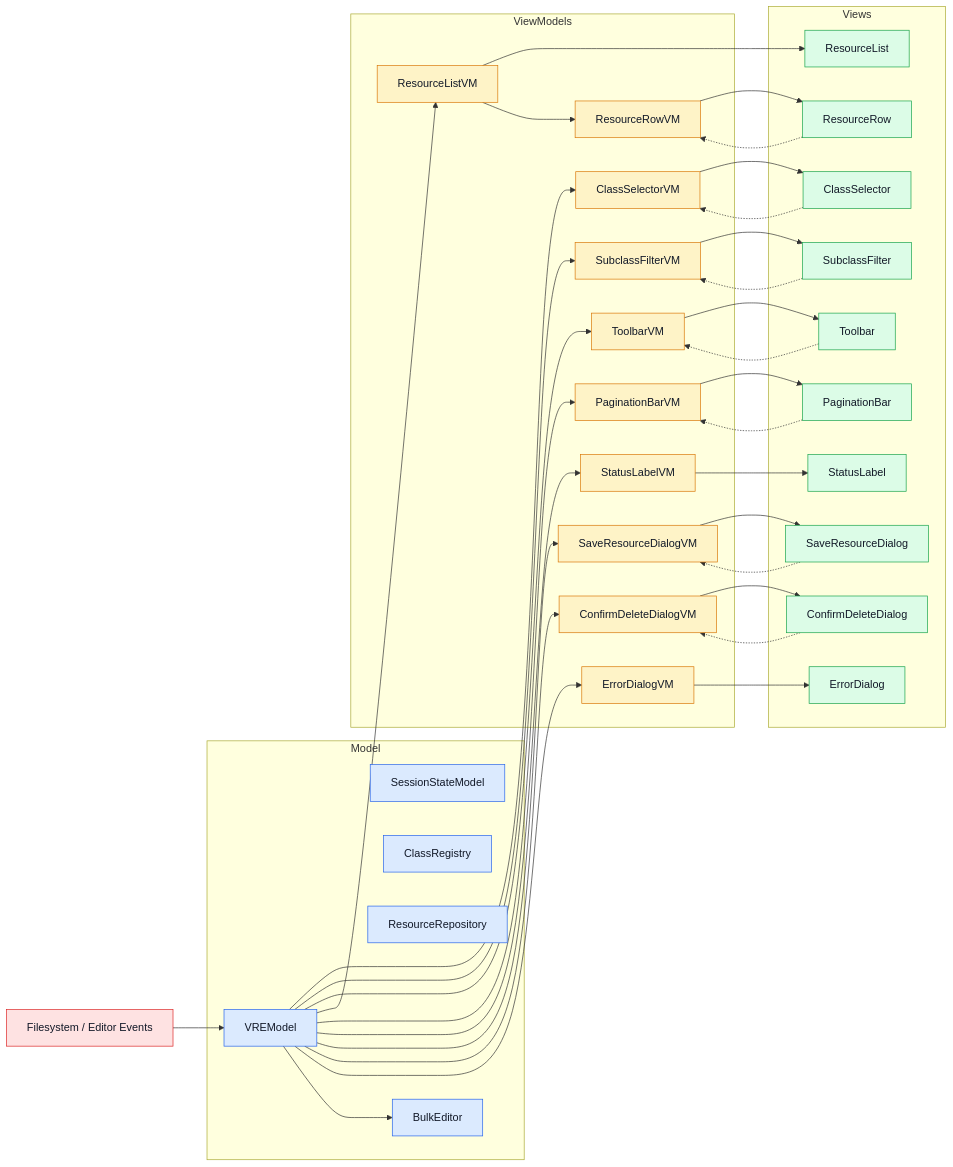
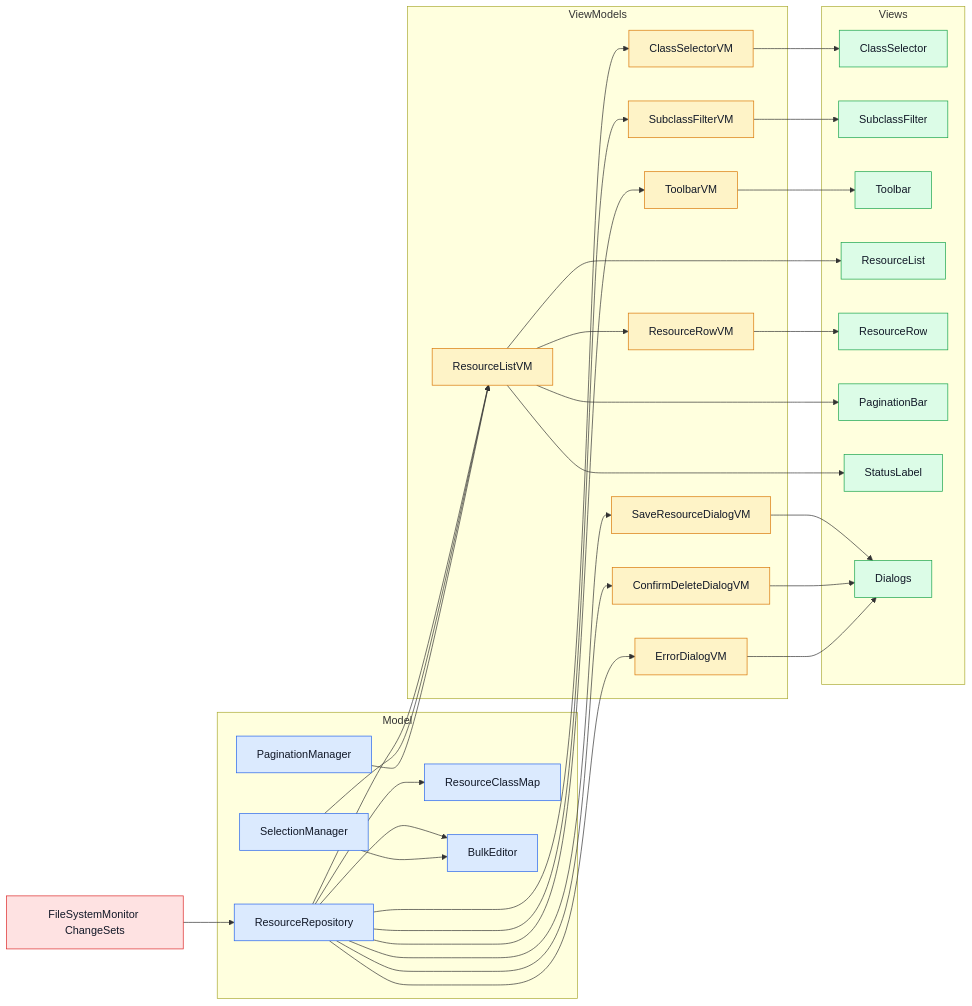
The diagram in docs/ARCHITECTURE.md (diablohumastudio/dhs-gd-fw-visual-resources-editor), drawn with Mermaid before and after one commit. The commit also changed other lines of this file and 12 other files, not shown here.

First line of the commit message:
Docs overhaul: ARCHITECTURE rewritten against 2.0 code; FIXES/TODOS track open items only

````diff
--- a/docs/ARCHITECTURE.md
+++ b/docs/ARCHITECTURE.md
@@ -146,75 +158,65 @@
 ```mermaid
 flowchart LR
     classDef model  fill:#dbeafe,stroke:#2563eb,color:#111827
     classDef vm     fill:#fef3c7,stroke:#d97706,color:#111827
     classDef view   fill:#dcfce7,stroke:#16a34a,color:#111827
     classDef auto   fill:#fee2e2,stroke:#dc2626,color:#111827
 
-    FS["Filesystem / Editor Events"]:::auto
+    FSM["FileSystemMonitor ChangeSets"]:::auto
 
     subgraph Model
-        VREModel:::model
-        Session["SessionStateModel"]:::model
-        Registry["ClassRegistry"]:::model
         Repo["ResourceRepository"]:::model
+        Map["ResourceClassMap"]:::model
+        Sel["SelectionManager"]:::model
+        Pag["PaginationManager"]:::model
         Bulk["BulkEditor"]:::model
     end
 
     subgraph ViewModels
+        ListVM["ResourceListVM"]:::vm
+        RowVM["ResourceRowVM"]:::vm
+        ToolbarVM:::vm
         ClassSelectorVM:::vm
         SubclassFilterVM:::vm
-        ToolbarVM:::vm
-        ResourceListVM:::vm
-        ResourceRowVM:::vm
-        PaginationBarVM:::vm
-        StatusLabelVM:::vm
         SaveVM["SaveResourceDialogVM"]:::vm
         DeleteVM["ConfirmDeleteDialogVM"]:::vm
         ErrorVM["ErrorDialogVM"]:::vm
     end
 
     subgraph Views
         ClassSelector:::view
         SubclassFilter:::view
         Toolbar:::view
         ResourceList:::view
         ResourceRow:::view
         PaginationBar:::view
         StatusLabel:::view
-        SaveDialog["SaveResourceDialog"]:::view
-        DeleteDialog["ConfirmDeleteDialog"]:::view
-        ErrorDialog:::view
+        Dialogs:::view
     end
 
-    FS --> VREModel
-    VREModel --> ClassSelectorVM
-    VREModel --> SubclassFilterVM
-    VREModel --> ToolbarVM
-    VREModel --> ResourceListVM
-    VREModel --> PaginationBarVM
-    VREModel --> StatusLabelVM
-    VREModel --> SaveVM
-    VREModel --> DeleteVM
-    VREModel --> ErrorVM
-    VREModel --> Bulk
+    FSM --> Repo
+    Repo --> Map
+    Repo --> ListVM
+    Repo --> ClassSelectorVM
+    Repo --> SubclassFilterVM
+    Repo --> ToolbarVM
+    Repo --> SaveVM
+    Repo --> DeleteVM
+    Repo --> ErrorVM
+    Sel --> ListVM
+    Pag --> ListVM
+    Repo --> Bulk
+    Sel --> Bulk
 
+    ListVM --> RowVM
+    ListVM --> ResourceList
+    ListVM --> PaginationBar
+    ListVM --> StatusLabel
+    RowVM --> ResourceRow
+    ToolbarVM --> Toolbar
     ClassSelectorVM --> ClassSelector
     SubclassFilterVM --> SubclassFilter
-    ToolbarVM --> Toolbar
-    ResourceListVM --> ResourceList
-    ResourceListVM --> ResourceRowVM
-    ResourceRowVM --> ResourceRow
-    PaginationBarVM --> PaginationBar
-    StatusLabelVM --> StatusLabel
-    SaveVM --> SaveDialog
-    DeleteVM --> DeleteDialog
-    ErrorVM --> ErrorDialog
-
-    ClassSelector -.-> ClassSelectorVM
-    SubclassFilter -.-> SubclassFilterVM
-    Toolbar -.-> ToolbarVM
-    ResourceRow -.-> ResourceRowVM
-    PaginationBar -.-> PaginationBarVM
-    SaveDialog -.-> SaveVM
-    DeleteDialog -.-> DeleteVM
+    SaveVM --> Dialogs
+    DeleteVM --> Dialogs
+    ErrorVM --> Dialogs
 ```
````
